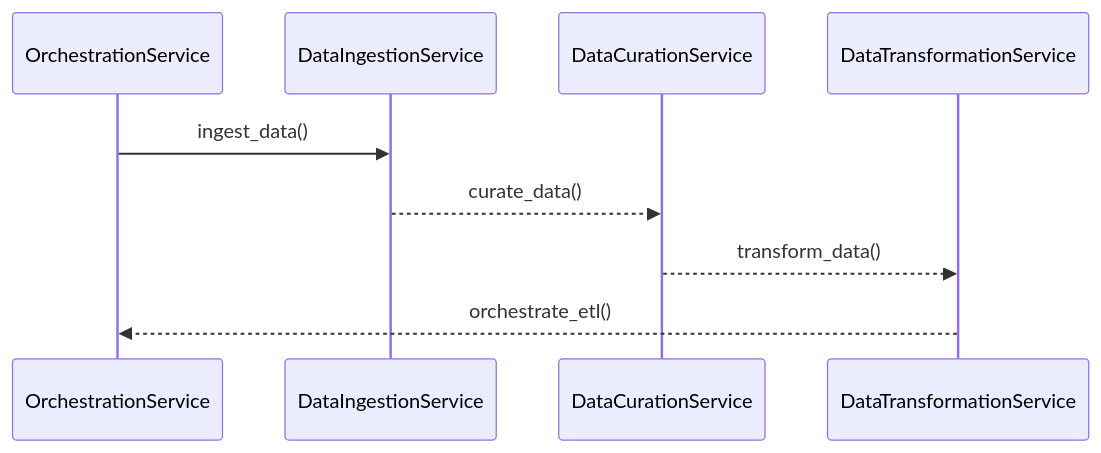
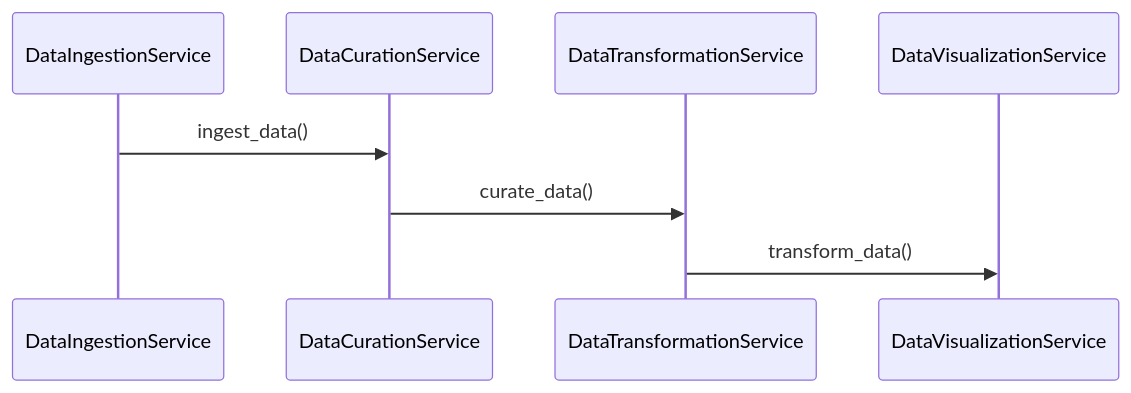
The second of 2 diagrams in docs/sdd.md (selin-k/bi_report_project), drawn with Mermaid before and after one commit. The commit also changed other lines of this file and 17 other files, not shown here.

````diff
--- a/docs/sdd.md
+++ b/docs/sdd.md
@@ -50,12 +50,11 @@
 ```mermaid
 sequenceDiagram
-    participant Orchestration as OrchestrationService
     participant Ingestion as DataIngestionService
     participant Curation as DataCurationService
     participant Transformation as DataTransformationService
+    participant Visualization as DataVisualizationService
 
-    Orchestration->>Ingestion: ingest_data()
-    Ingestion-->>Curation: curate_data()
-    Curation-->>Transformation: transform_data()
-    Transformation-->>Orchestration: orchestrate_etl()
+    Ingestion->>Curation: ingest_data()
+    Curation->>Transformation: curate_data()
+    Transformation->>Visualization: transform_data()
 ```
````
